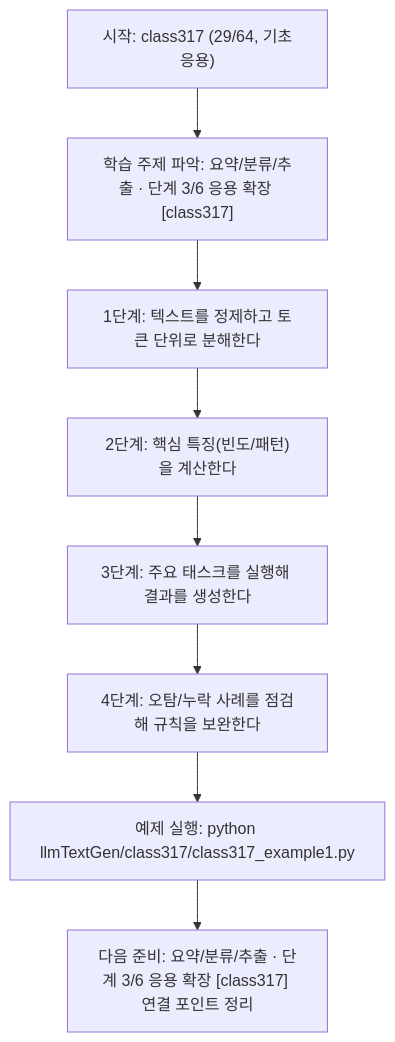
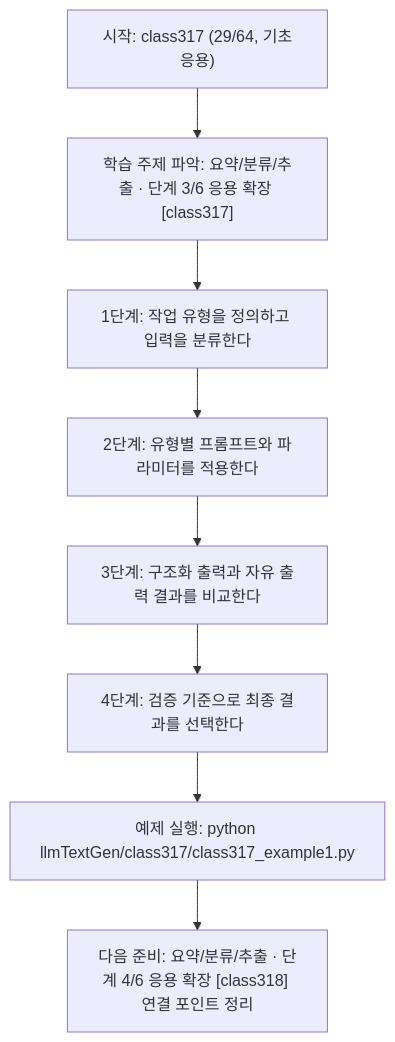
The diagram in llmTextGen/class317/class317.md (edumgt/Python-AI_Agent-Class), drawn with Mermaid before and after one commit. The commit also changed other lines of this file and 451 other files, not shown here.

````diff
--- a/llmTextGen/class317/class317.md
+++ b/llmTextGen/class317/class317.md
@@ -114,18 +95,18 @@
 ```mermaid
 flowchart TD
 N1["시작: class317 (29/64, 기초응용)"]
 N2["학습 주제 파악: 요약/분류/추출 · 단계 3/6 응용 확장 [class317]"]
-N3["1단계: 텍스트를 정제하고 토큰 단위로 분해한다"]
-N4["2단계: 핵심 특징(빈도/패턴)을 계산한다"]
-N5["3단계: 주요 태스크를 실행해 결과를 생성한다"]
-N6["4단계: 오탐/누락 사례를 점검해 규칙을 보완한다"]
+N3["1단계: 작업 유형을 정의하고 입력을 분류한다"]
+N4["2단계: 유형별 프롬프트와 파라미터를 적용한다"]
+N5["3단계: 구조화 출력과 자유 출력 결과를 비교한다"]
+N6["4단계: 검증 기준으로 최종 결과를 선택한다"]
 N7["예제 실행: python llmTextGen/class317/class317_example1.py"]
-N8["다음 준비: 요약/분류/추출 · 단계 3/6 응용 확장 [class317] 연결 포인트 정리"]
+N8["다음 준비: 요약/분류/추출 · 단계 4/6 응용 확장 [class318] 연결 포인트 정리"]
 N1 --> N2
 N2 --> N3
 N3 --> N4
 N4 --> N5
 N5 --> N6
 N6 --> N7
 N7 --> N8
 ```
````
